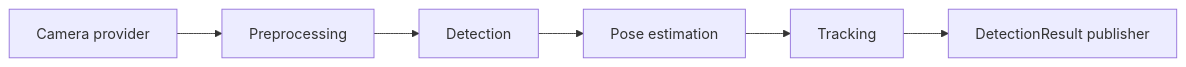
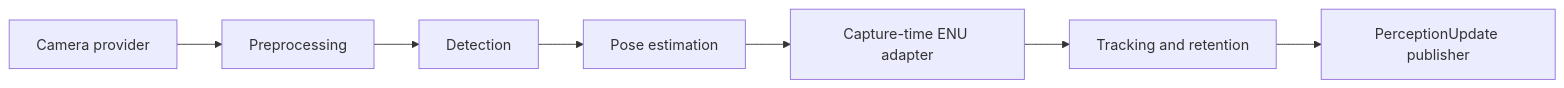
One commit to EliasCueto45/Phase0-MicroDrone changed the diagram in cv/README.md. Above: the diagram before and after it, drawn with Mermaid. The commit also changed other lines of this file and 6 other files, not shown here.

First line of the commit message:
feat(cv): add persistent tracking and shared PerceptionUpdate output

````diff
--- a/cv/README.md
+++ b/cv/README.md
@@ -303,8 +474,9 @@
 ```mermaid
 flowchart LR
     A[Camera provider] --> B[Preprocessing]
     B --> C[Detection]
     C --> D[Pose estimation]
-    D --> E[Tracking]
-    E --> F[DetectionResult publisher]
+    D --> X[Capture-time ENU adapter]
+    X --> E[Tracking and retention]
+    E --> F[PerceptionUpdate publisher]
 ```
````
